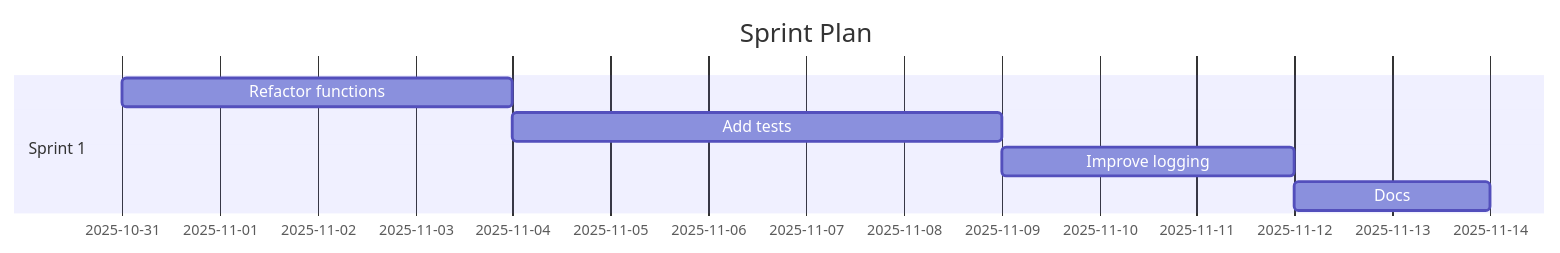
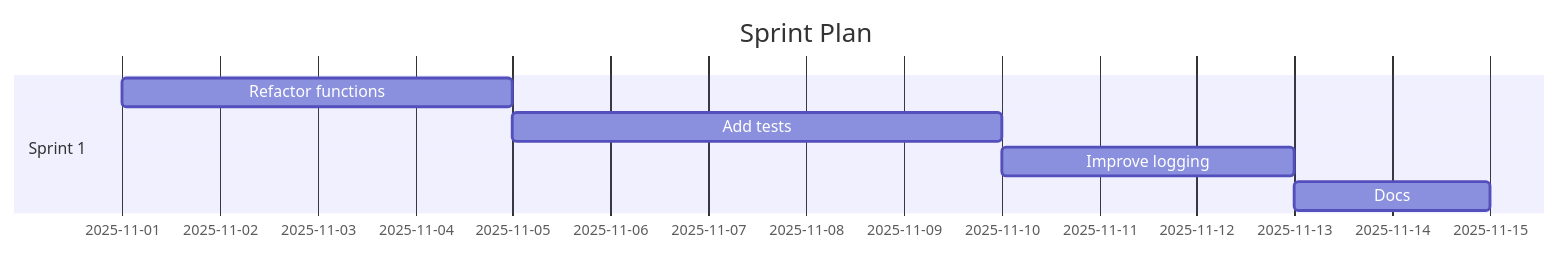
The diagram in demos/demo-code-analysis.sprint.md (Anselmoo/mcp-ai-agent-guidelines), drawn with Mermaid before and after one commit. The commit also changed other lines of this file and 194 other files, not shown here.

````diff
--- a/demos/demo-code-analysis.sprint.md
+++ b/demos/demo-code-analysis.sprint.md
@@ -59,11 +59,11 @@
 ```mermaid
 gantt
 	dateFormat  YYYY-MM-DD
 	title Sprint Plan
 %% Accessibility: Title=Project Sprint Plan; Description=Gantt chart of sprints and tasks over time. %%
   section Sprint 1
-  Refactor functions :s1t0, 2025-10-31, 4d
-  Add tests :s1t1, 2025-11-04, 5d
-  Improve logging :s1t2, 2025-11-09, 3d
-  Docs :s1t3, 2025-11-12, 2d
+  Refactor functions :s1t0, 2025-11-01, 4d
+  Add tests :s1t1, 2025-11-05, 5d
+  Improve logging :s1t2, 2025-11-10, 3d
+  Docs :s1t3, 2025-11-13, 2d
 ```
````
